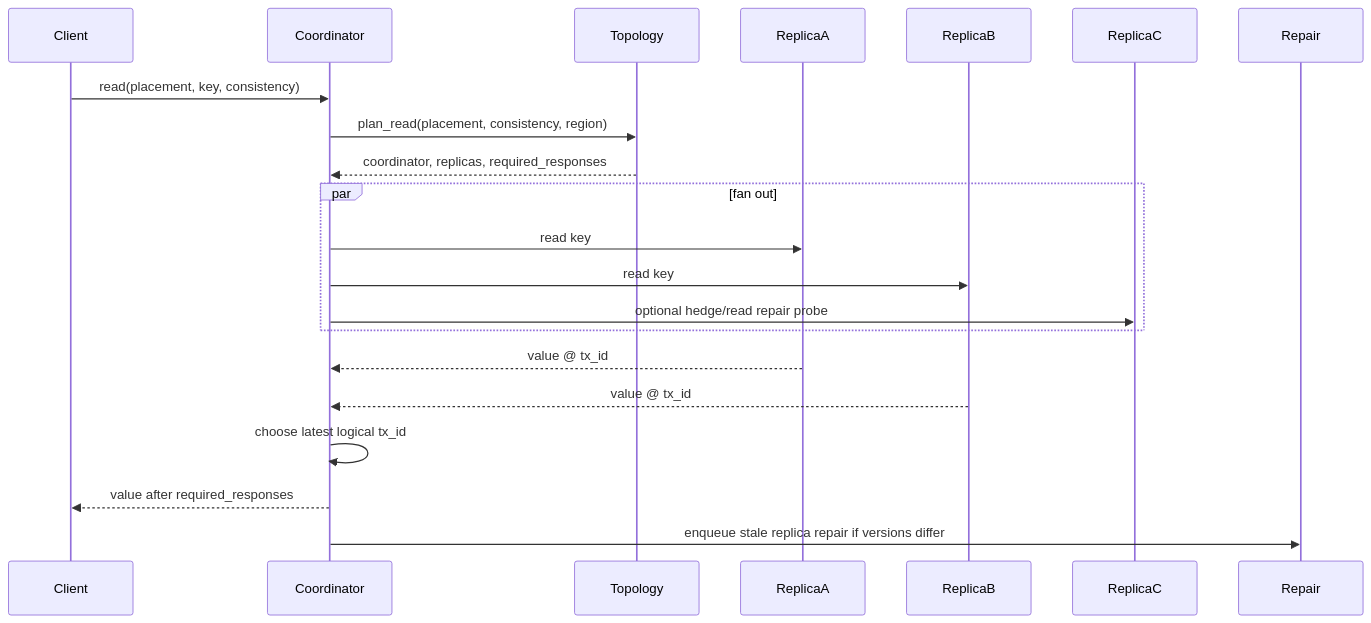
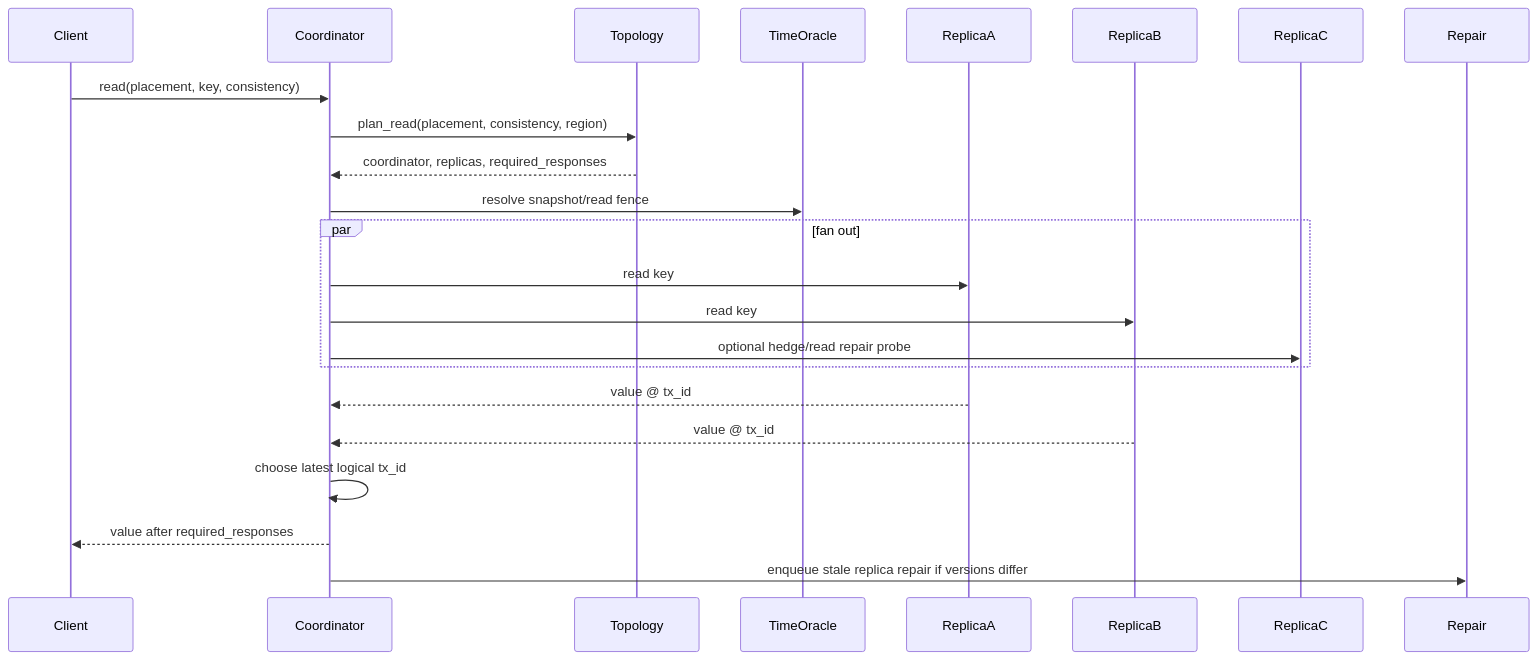
One commit to orneryd/copperDB changed the second of 3 diagrams in docs/plans/distributed-execution-architecture.md. Above: the diagram before and after it, drawn with Mermaid. The commit also changed other lines of this file and 61 other files, not shown here.

````diff
--- a/docs/plans/distributed-execution-architecture.md
+++ b/docs/plans/distributed-execution-architecture.md
@@ -72,24 +76,26 @@
 ```mermaid
 sequenceDiagram
     participant Client
     participant Coordinator
     participant Topology
+    participant TimeOracle
     participant ReplicaA
     participant ReplicaB
     participant ReplicaC
     participant Repair
 
     Client->>Coordinator: read(placement, key, consistency)
     Coordinator->>Topology: plan_read(placement, consistency, region)
     Topology-->>Coordinator: coordinator, replicas, required_responses
+    Coordinator->>TimeOracle: resolve snapshot/read fence
     par fan out
         Coordinator->>ReplicaA: read key
         Coordinator->>ReplicaB: read key
         Coordinator->>ReplicaC: optional hedge/read repair probe
     end
     ReplicaA-->>Coordinator: value @ tx_id
     ReplicaB-->>Coordinator: value @ tx_id
     Coordinator->>Coordinator: choose latest logical tx_id
     Coordinator-->>Client: value after required_responses
     Coordinator->>Repair: enqueue stale replica repair if versions differ
 ```
````
